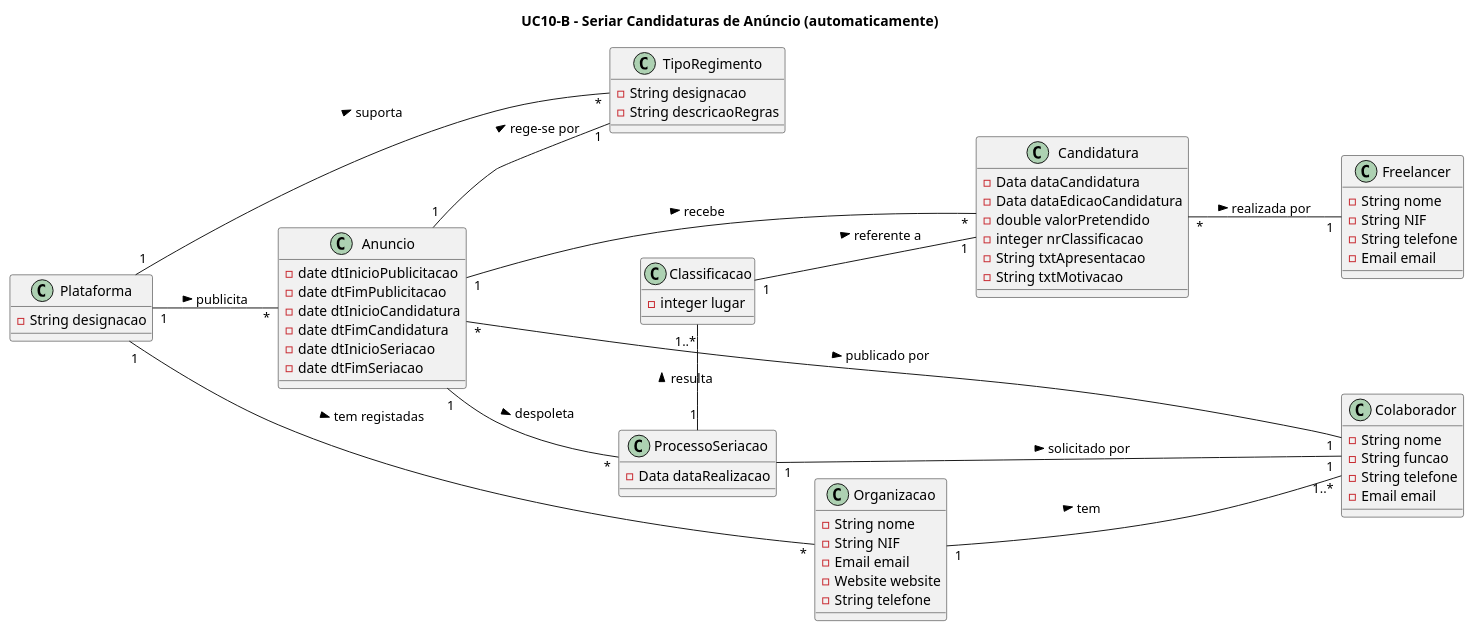
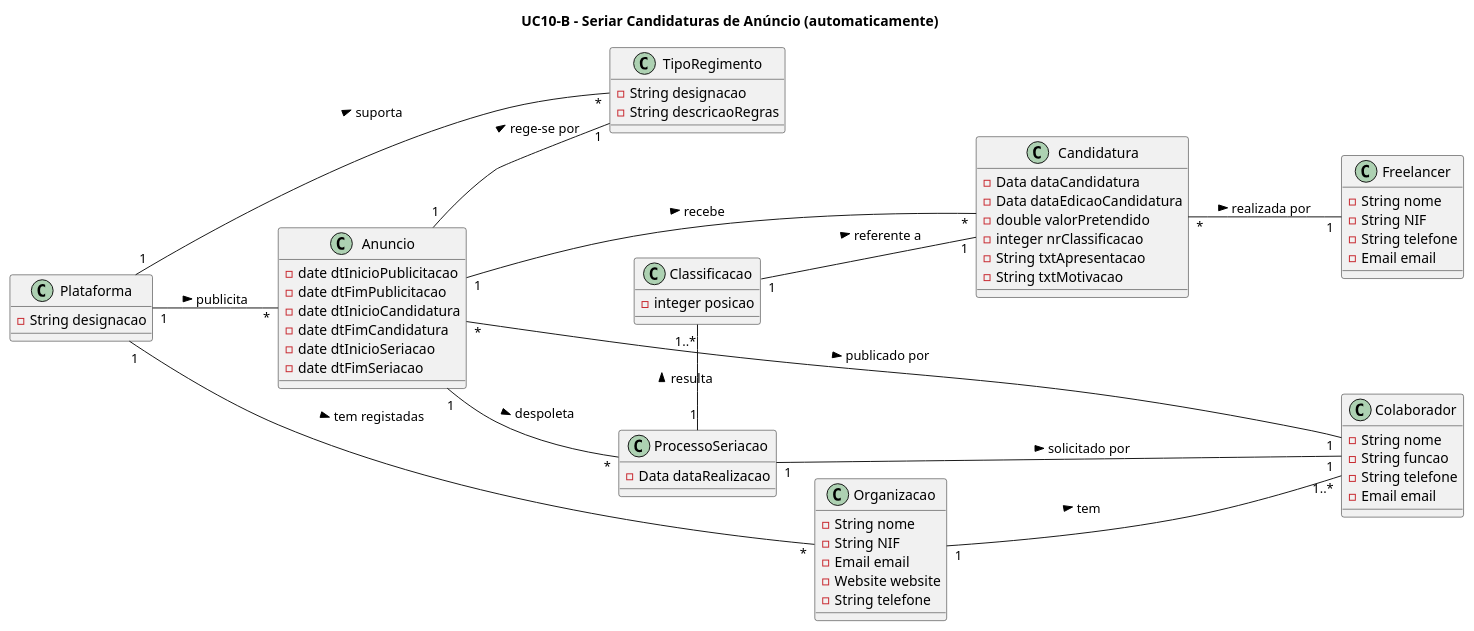
The diagram in Documentação/Sprint 3/UC10_B_Seriar_Candidaturas_(automaticamente)/UC10_B_Seriar_Candidaturas_(automaticamente)_Modelo_Dominio.puml (blestonbandeiraUPSKILL/upskill_java1_labprg_grupo2), drawn with PlantUML before and after one commit. The commit also changed 9 other files, not shown here.

```diff
--- a/Documentação/Sprint 3/UC10_B_Seriar_Candidaturas_(automaticamente)/UC10_B_Seriar_Candidaturas_(automaticamente)_Modelo_Dominio.puml
+++ b/Documentação/Sprint 3/UC10_B_Seriar_Candidaturas_(automaticamente)/UC10_B_Seriar_Candidaturas_(automaticamente)_Modelo_Dominio.puml
@@ -1,80 +1,80 @@
 @startuml
 left to right direction
 
 title UC10-B - Seriar Candidaturas de Anúncio (automaticamente)
 
 class Plataforma{
     -String designacao
 }
 
 class Anuncio{
     -date dtInicioPublicitacao
     -date dtFimPublicitacao
     -date dtInicioCandidatura
     -date dtFimCandidatura
     -date dtInicioSeriacao
     -date dtFimSeriacao
 }
 
 class Organizacao{
   -String nome 
   -String NIF
   -Email email 
   -Website website
   -String telefone
 }
 
 class TipoRegimento{
   -String designacao
   -String descricaoRegras
 }
 
 class Colaborador{
     -String nome
     -String funcao
     -String telefone
     -Email email
 }
 
 class ProcessoSeriacao{
     -Data dataRealizacao
 }
 
 class Classificacao{
-    -integer lugar
+    -integer posicao
 }
 
 class Candidatura{
     -Data dataCandidatura
     -Data dataEdicaoCandidatura
     -double valorPretendido
     -integer nrClassificacao
     -String txtApresentacao
     -String txtMotivacao
 }
 
 class Freelancer{
     -String nome
     -String NIF
     -String telefone
     -Email email
 }
 
 Candidatura "*" -- "1" Freelancer: realizada por >
 Classificacao "1" -- "1" Candidatura: referente a >
 ProcessoSeriacao "1"- "1..*" Classificacao: resulta >
 Anuncio "1" - "*" ProcessoSeriacao: despoleta >
 Plataforma "1" -- "*" Anuncio: publicita >
 Plataforma "1" --down- "*" Organizacao: tem registadas >
 ProcessoSeriacao "1"--- "1" Colaborador: solicitado por  >
 Anuncio "*" ---- "1" Colaborador: publicado por >
 Organizacao "1" -- "1..*" Colaborador: tem >
 Anuncio "1" --- "*" Candidatura: recebe >
 Plataforma "1" - "*" TipoRegimento: suporta >
 Anuncio "1" -- "1" TipoRegimento: rege-se por >
 
 
 
 
 
 @enduml
```
